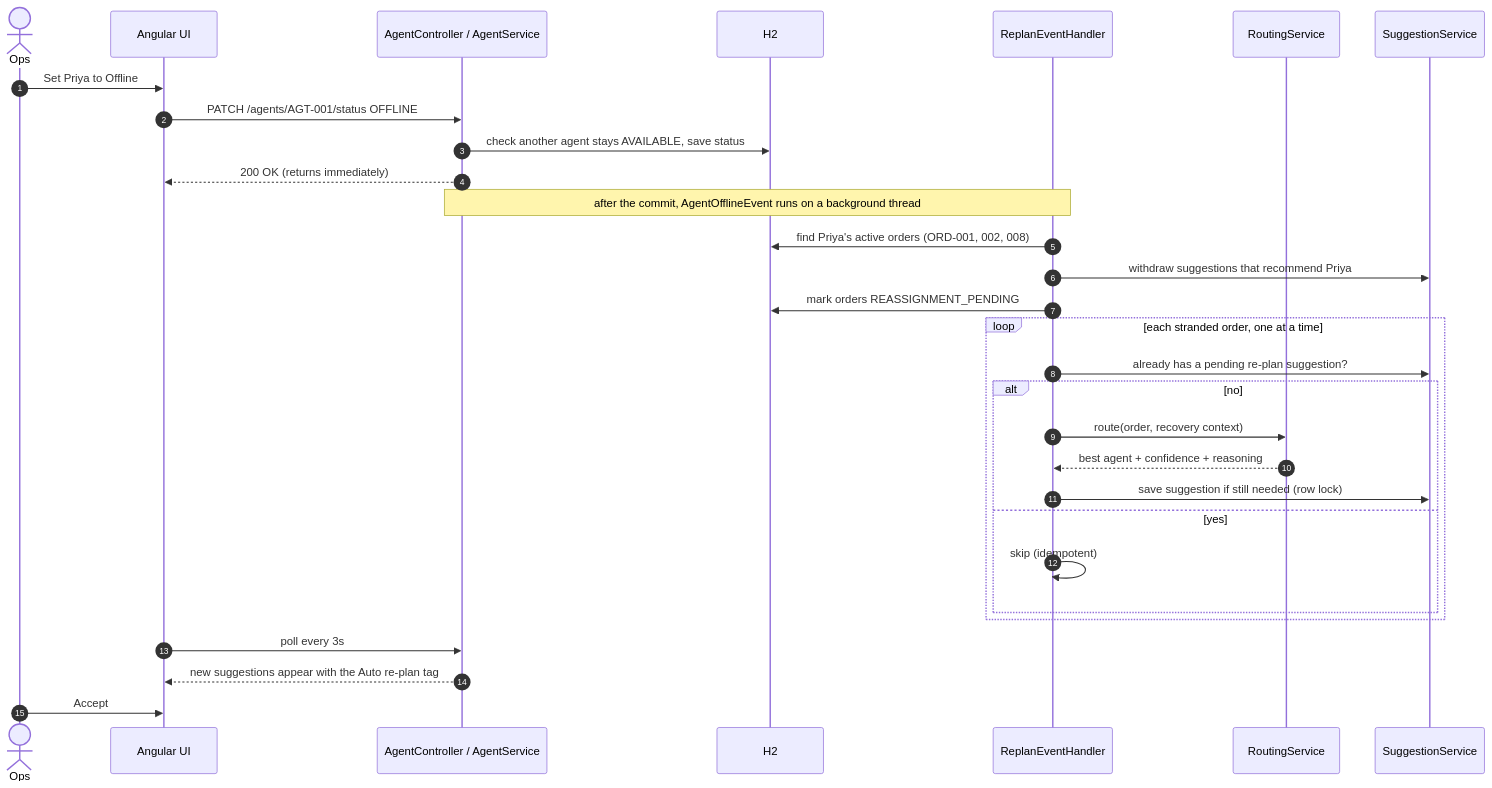
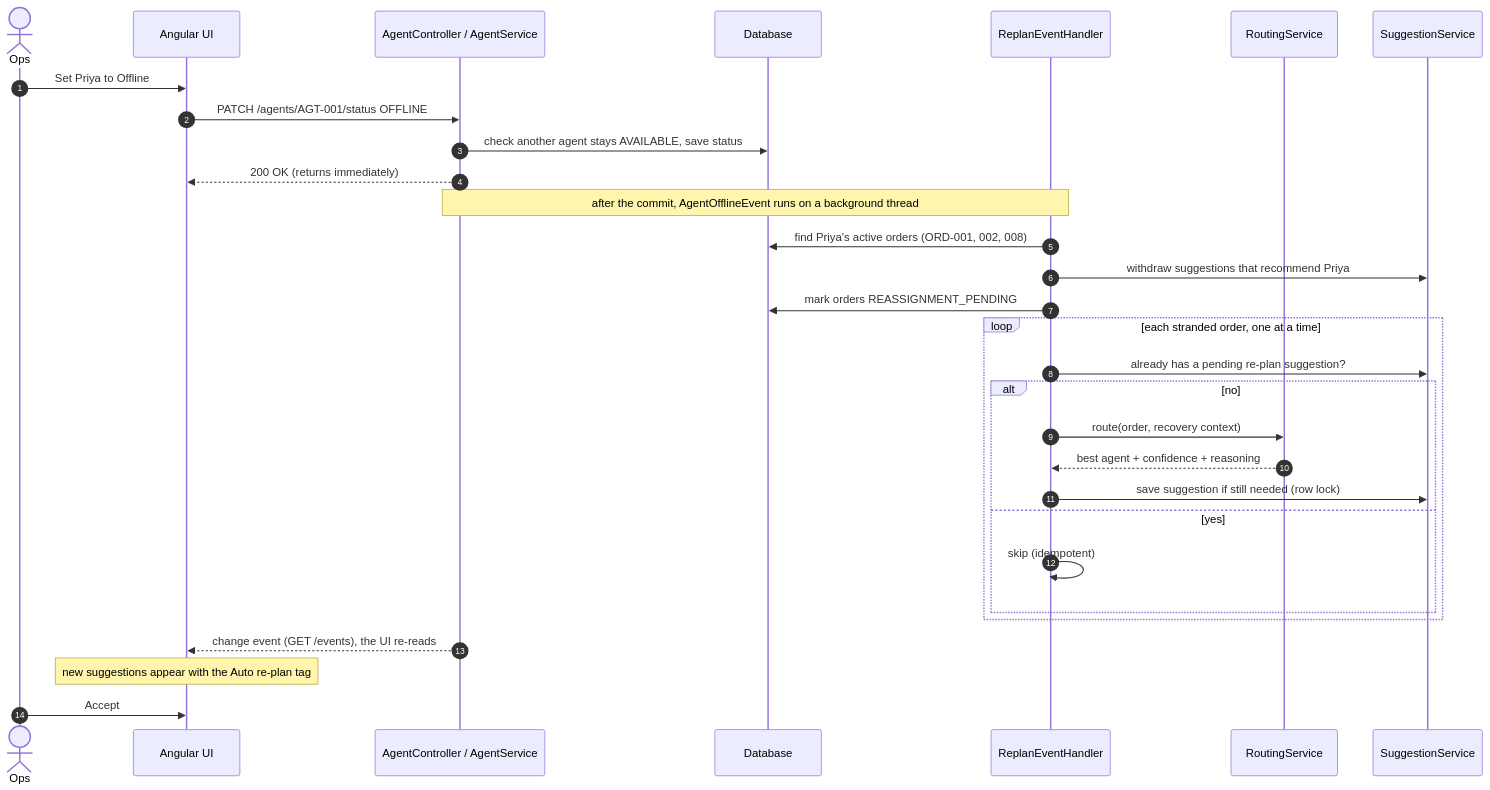
One commit to Pratik41/ziprun-reassignment-engine changed the fourth of 17 diagrams in docs/HOW_IT_WORKS.md. Above: the diagram before and after it, drawn with Mermaid. The commit also changed other lines of this file and 9 other files, not shown here.

````diff
--- a/docs/HOW_IT_WORKS.md
+++ b/docs/HOW_IT_WORKS.md
@@ -141,33 +150,33 @@
 ```mermaid
 sequenceDiagram
     autonumber
     actor Ops
     participant UI as Angular UI
     participant API as AgentController / AgentService
-    participant DB as H2
+    participant DB as Database
     participant Handler as ReplanEventHandler
     participant Route as RoutingService
     participant Sug as SuggestionService
 
     Ops->>UI: Set Priya to Offline
     UI->>API: PATCH /agents/AGT-001/status OFFLINE
     API->>DB: check another agent stays AVAILABLE, save status
     API-->>UI: 200 OK (returns immediately)
     Note over API,Handler: after the commit, AgentOfflineEvent runs on a background thread
     Handler->>DB: find Priya's active orders (ORD-001, 002, 008)
     Handler->>Sug: withdraw suggestions that recommend Priya
     Handler->>DB: mark orders REASSIGNMENT_PENDING
     loop each stranded order, one at a time
         Handler->>Sug: already has a pending re-plan suggestion?
         alt no
             Handler->>Route: route(order, recovery context)
             Route-->>Handler: best agent + confidence + reasoning
             Handler->>Sug: save suggestion if still needed (row lock)
         else yes
             Handler->>Handler: skip (idempotent)
         end
     end
-    UI->>API: poll every 3s
-    API-->>UI: new suggestions appear with the Auto re-plan tag
+    API-->>UI: change event (GET /events), the UI re-reads
+    Note over UI: new suggestions appear with the Auto re-plan tag
     Ops->>UI: Accept
 ```
````
